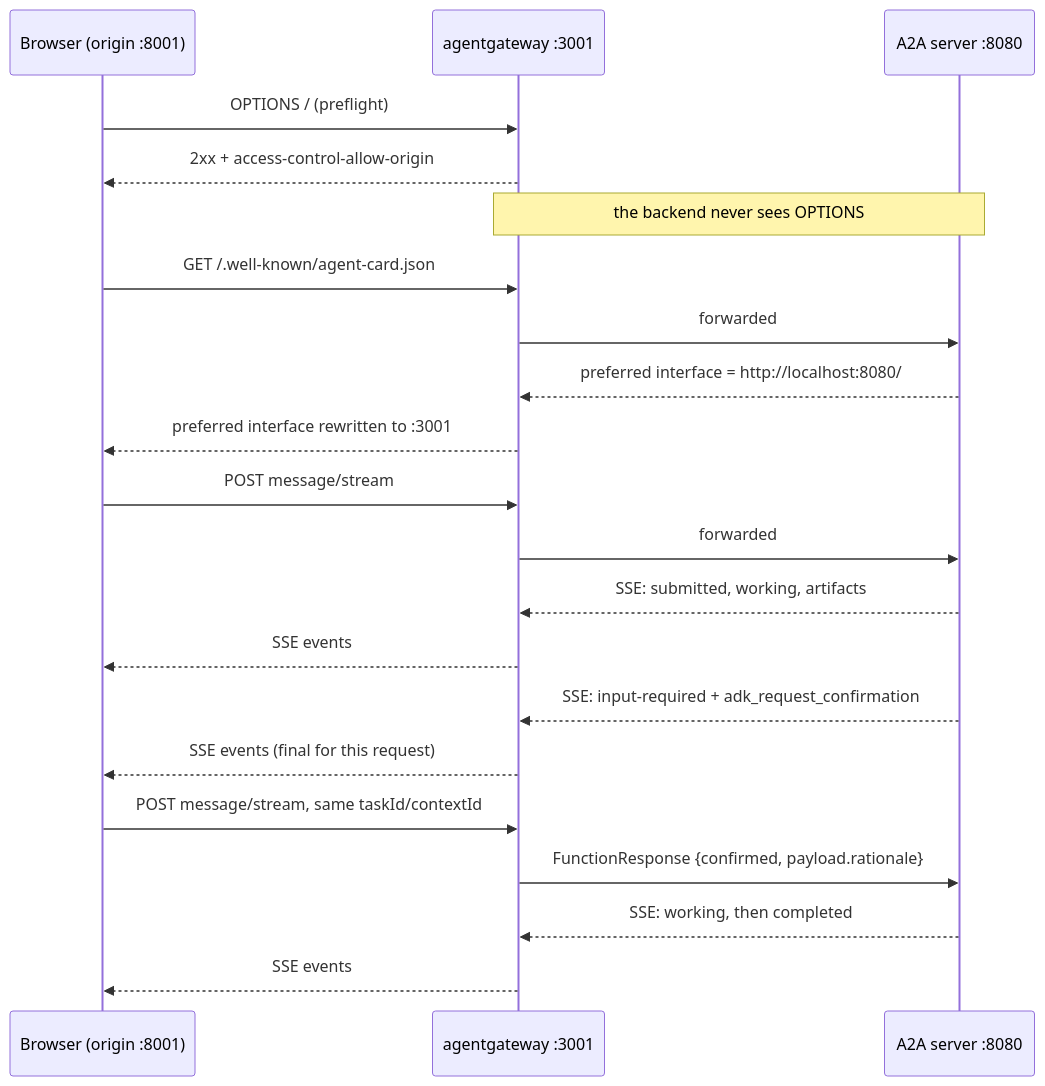
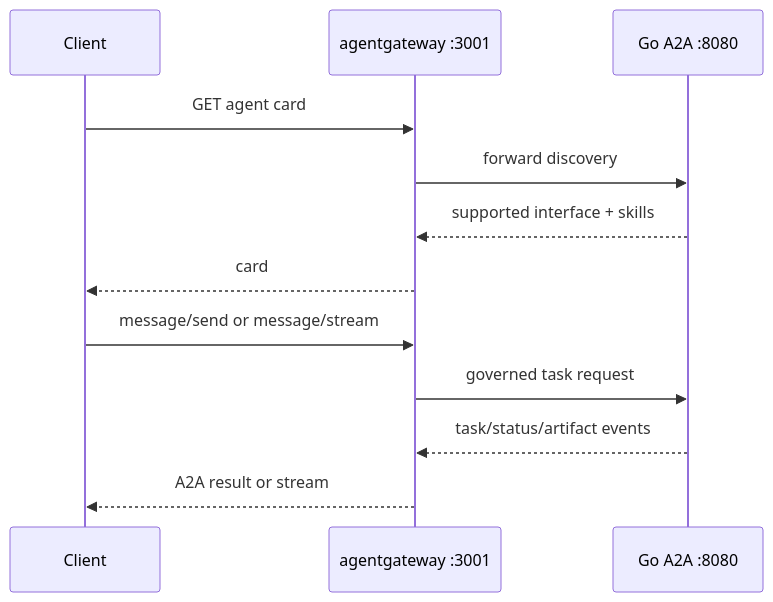
One commit to LuiGGi629/agentops-open-course changed the diagram in content/5. Gateway/5.3. A2A Gateway.md. Above: the diagram before and after it, drawn with Mermaid. The commit also changed other lines of this file and 87 other files, not shown here.

````diff
--- a/content/5. Gateway/5.3. A2A Gateway.md
+++ b/content/5. Gateway/5.3. A2A Gateway.md
@@ -114,23 +27,14 @@
 ```mermaid
 sequenceDiagram
-    participant B as Browser (origin :8001)
-    participant G as agentgateway :3001
-    participant A as A2A server :8080
-    B->>G: OPTIONS / (preflight)
-    G-->>B: 2xx + access-control-allow-origin
-    Note over G,A: the backend never sees OPTIONS
-    B->>G: GET /.well-known/agent-card.json
-    G->>A: forwarded
-    A-->>G: preferred interface = http://localhost:8080/
-    G-->>B: preferred interface rewritten to :3001
-    B->>G: POST message/stream
-    G->>A: forwarded
-    A-->>G: SSE: submitted, working, artifacts
-    G-->>B: SSE events
-    A-->>G: SSE: input-required + adk_request_confirmation
-    G-->>B: SSE events (final for this request)
-    B->>G: POST message/stream, same taskId/contextId
-    G->>A: FunctionResponse {confirmed, payload.rationale}
-    A-->>G: SSE: working, then completed
-    G-->>B: SSE events
+    participant Client
+    participant Gateway as agentgateway :3001
+    participant A2A as Go A2A :8080
+    Client->>Gateway: GET agent card
+    Gateway->>A2A: forward discovery
+    A2A-->>Gateway: supported interface + skills
+    Gateway-->>Client: card
+    Client->>Gateway: message/send or message/stream
+    Gateway->>A2A: governed task request
+    A2A-->>Gateway: task/status/artifact events
+    Gateway-->>Client: A2A result or stream
 ```
````
